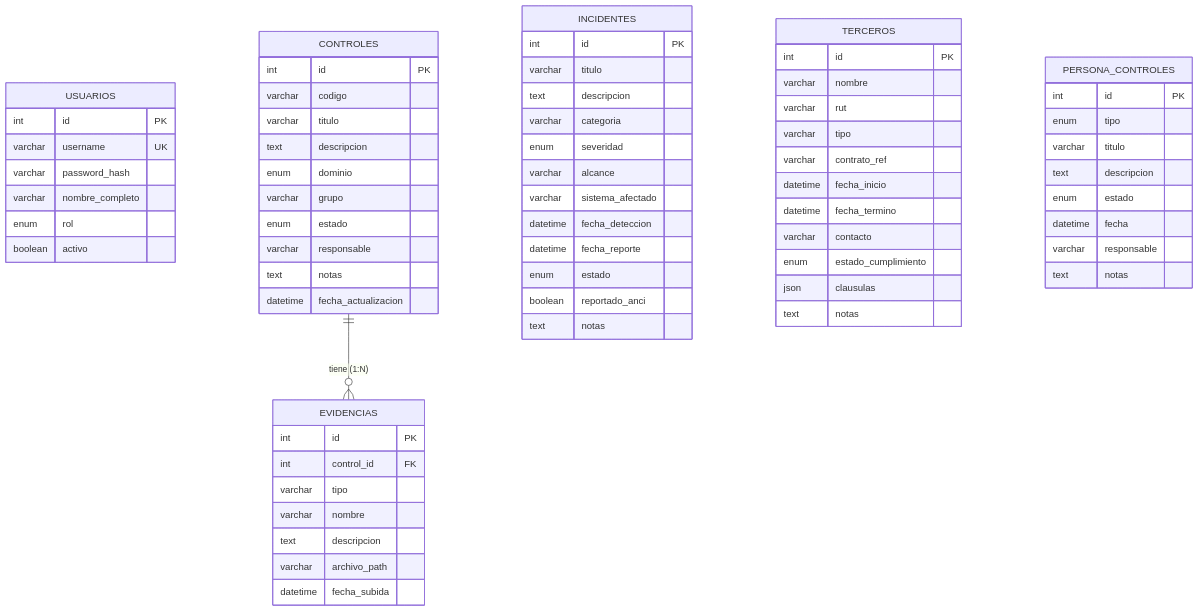
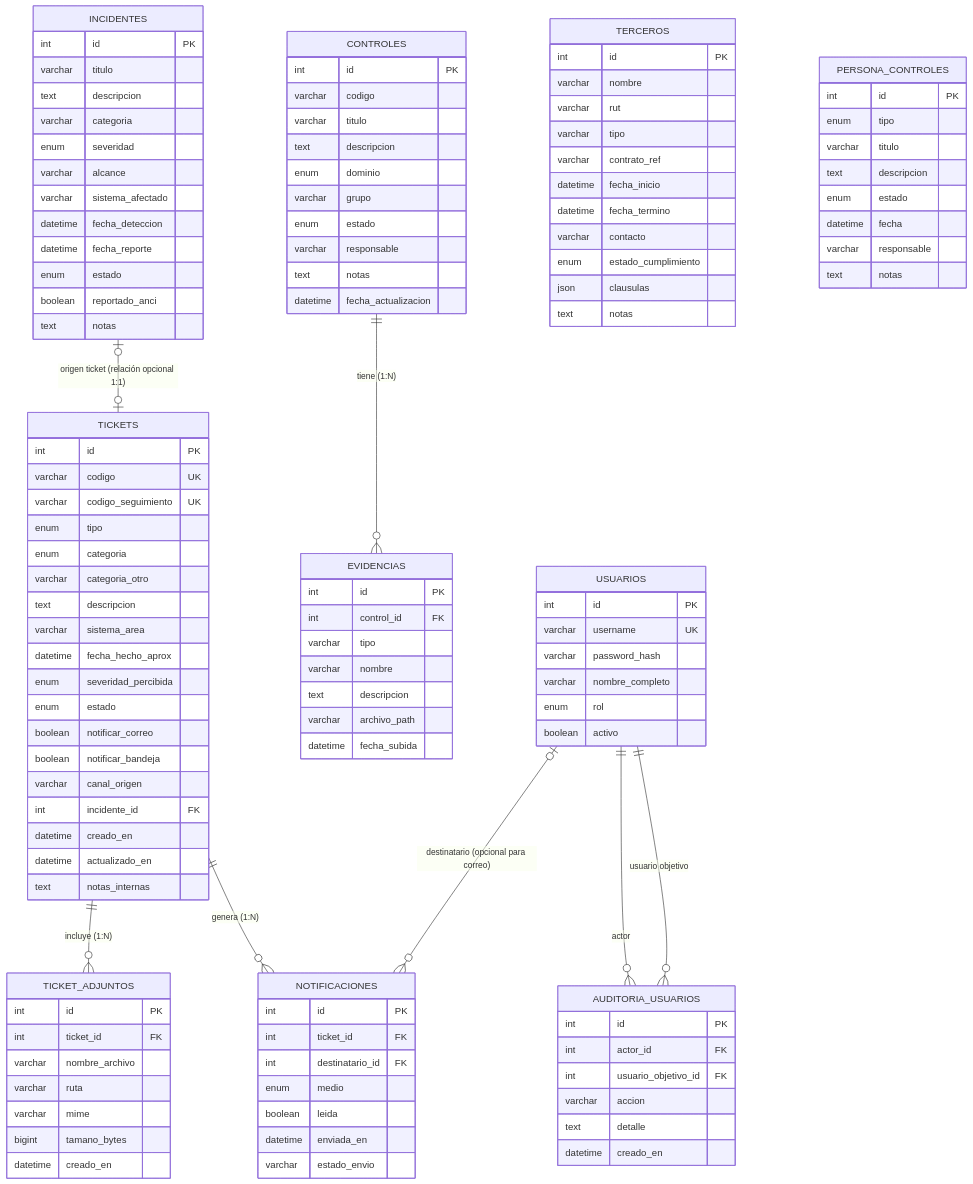
Before and after one commit to pbahamondez-inacap/proyectotitulo-inacap-Pbahamondez: the diagram in Documentacion/Entregas/U2-Desarrollo_e_Implementacion/05_modelo_datos_diccionario.md, drawn with Mermaid. The commit also changed other lines of this file and 85 other files, not shown here.

````diff
--- a/Documentacion/Entregas/U2-Desarrollo_e_Implementacion/05_modelo_datos_diccionario.md
+++ b/Documentacion/Entregas/U2-Desarrollo_e_Implementacion/05_modelo_datos_diccionario.md
@@ -83,6 +83,58 @@
         varchar responsable
         text notas
     }
+    TICKETS {
+        int id PK
+        varchar codigo UK
+        varchar codigo_seguimiento UK
+        enum tipo
+        enum categoria
+        varchar categoria_otro
+        text descripcion
+        varchar sistema_area
+        datetime fecha_hecho_aprox
+        enum severidad_percibida
+        enum estado
+        boolean notificar_correo
+        boolean notificar_bandeja
+        varchar canal_origen
+        int incidente_id FK
+        datetime creado_en
+        datetime actualizado_en
+        text notas_internas
+    }
+    TICKET_ADJUNTOS {
+        int id PK
+        int ticket_id FK
+        varchar nombre_archivo
+        varchar ruta
+        varchar mime
+        bigint tamano_bytes
+        datetime creado_en
+    }
+    NOTIFICACIONES {
+        int id PK
+        int ticket_id FK
+        int destinatario_id FK
+        enum medio
+        boolean leida
+        datetime enviada_en
+        varchar estado_envio
+    }
+    AUDITORIA_USUARIOS {
+        int id PK
+        int actor_id FK
+        int usuario_objetivo_id FK
+        varchar accion
+        text detalle
+        datetime creado_en
+    }
 
     CONTROLES ||--o{ EVIDENCIAS : "tiene (1:N)"
+    TICKETS ||--o{ TICKET_ADJUNTOS : "incluye (1:N)"
+    TICKETS ||--o{ NOTIFICACIONES : "genera (1:N)"
+    USUARIOS o|--o{ NOTIFICACIONES : "destinatario (opcional para correo)"
+    INCIDENTES o|--o| TICKETS : "origen ticket (relación opcional 1:1)"
+    USUARIOS ||--o{ AUDITORIA_USUARIOS : "actor"
+    USUARIOS ||--o{ AUDITORIA_USUARIOS : "usuario objetivo"
 ```
````
